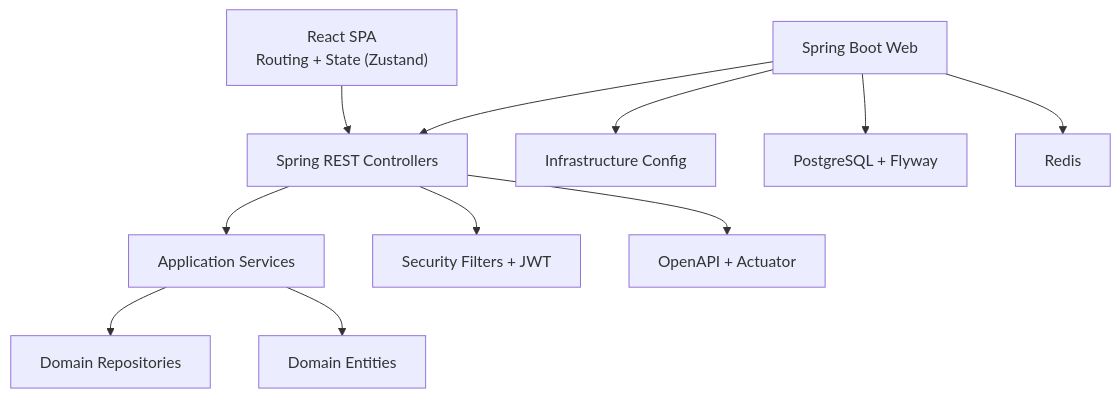
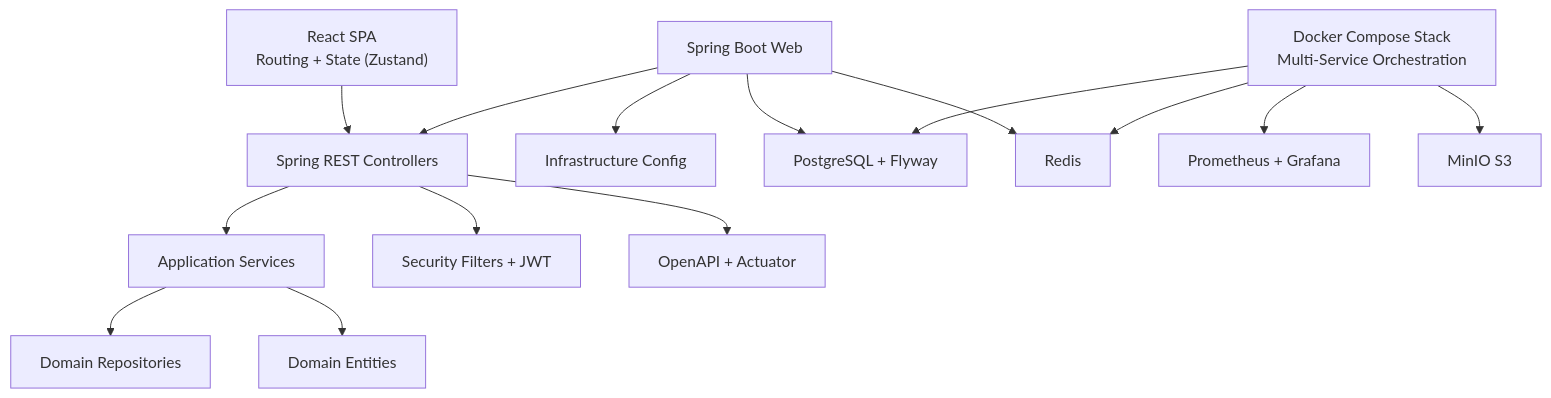
The second of 6 diagrams in .qoder/repowiki/en/content/Development Guidelines.md (Vostrikov2014/vks-qoder), drawn with Mermaid before and after one commit. The commit also changed other lines of this file and 9 other files, not shown here.

````diff
--- a/.qoder/repowiki/en/content/Development Guidelines.md
+++ b/.qoder/repowiki/en/content/Development Guidelines.md
@@ -113,13 +134,18 @@
 ```mermaid
 graph TB
 UI["React SPA<br/>Routing + State (Zustand)"] --> API["Spring REST Controllers"]
 API --> SERVICE["Application Services"]
 SERVICE --> REPO["Domain Repositories"]
 SERVICE --> ENTITY["Domain Entities"]
 API --> SEC["Security Filters + JWT"]
 API --> CFG["OpenAPI + Actuator"]
 WEB["Spring Boot Web"] --> API
 WEB --> INFRA["Infrastructure Config"]
 WEB --> DB["PostgreSQL + Flyway"]
 WEB --> CACHE["Redis"]
+COMPOSE["Docker Compose Stack<br/>Multi-Service Orchestration"]
+COMPOSE --> DB
+COMPOSE --> CACHE
+COMPOSE --> MONITORING["Prometheus + Grafana"]
+COMPOSE --> STORAGE["MinIO S3"]
 ```
````
